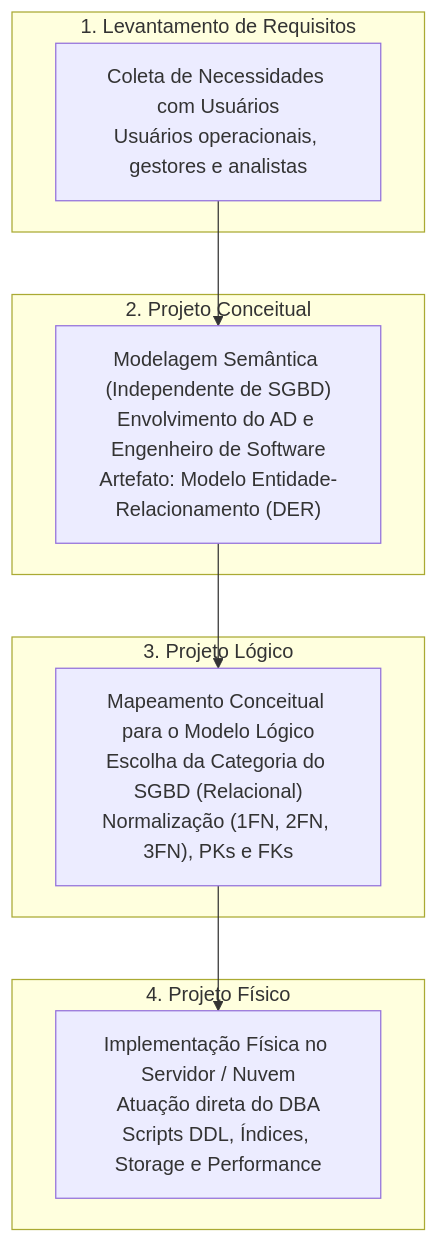
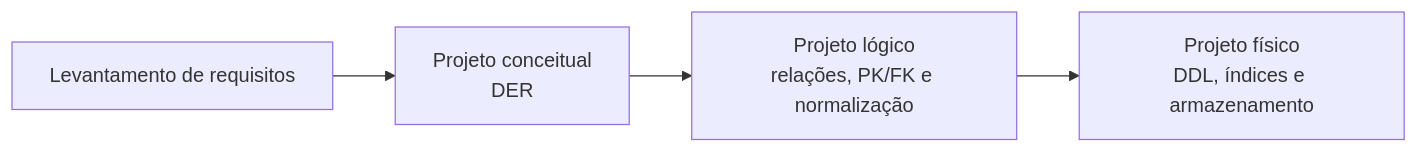
The second of 2 diagrams in 02. Modelagem de Dados/04. Níveis do sgbd e etapas do projeto de banco de dados.md (leorruas/puc), drawn with Mermaid before and after one commit. The commit also changed other lines of this file, not shown here.

Commit message:
Normaliza níveis e etapas do projeto de banco de dados

````diff
--- a/02. Modelagem de Dados/04. Níveis do sgbd e etapas do projeto de banco de dados.md
+++ b/02. Modelagem de Dados/04. Níveis do sgbd e etapas do projeto de banco de dados.md
@@ -170,22 +136,11 @@
 ```mermaid
-flowchart TD
-    subgraph SubgraphRequisitos["1. Levantamento de Requisitos"]
-        R1["Coleta de Necessidades com Usuários<br>Usuários operacionais, gestores e analistas"]
-    end
+flowchart LR
+    Requisitos["Levantamento de requisitos"]:::external
+    Conceitual["Projeto conceitual<br>DER"]:::core
+    Logico["Projeto lógico<br>relações, PK/FK e normalização"]:::data
+    Fisico["Projeto físico<br>DDL, índices e armazenamento"]:::component
 
-    subgraph SubgraphConceitual["2. Projeto Conceitual"]
-        C1["Modelagem Semântica (Independente de SGBD)<br>Envolvimento do AD e Engenheiro de Software<br>Artefato: Modelo Entidade-Relacionamento (DER)"]
-    end
-
-    subgraph SubgraphLogico["3. Projeto Lógico"]
-        L1["Mapeamento Conceitual para o Modelo Lógico<br>Escolha da Categoria do SGBD (Relacional)<br>Normalização (1FN, 2FN, 3FN), PKs e FKs"]
-    end
-
-    subgraph SubgraphFisico["4. Projeto Físico"]
-        F1["Implementação Física no Servidor / Nuvem<br>Atuação direta do DBA<br>Scripts DDL, Índices, Storage e Performance"]
-    end
-
-    R1 --> C1
-    C1 --> L1
-    L1 --> F1
+    Requisitos --> Conceitual
+    Conceitual --> Logico
+    Logico --> Fisico
 ```
````
